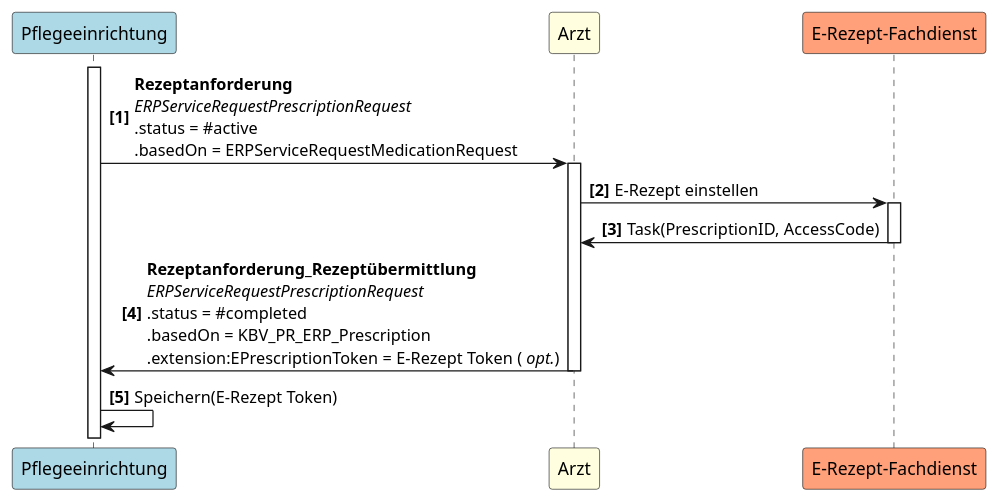
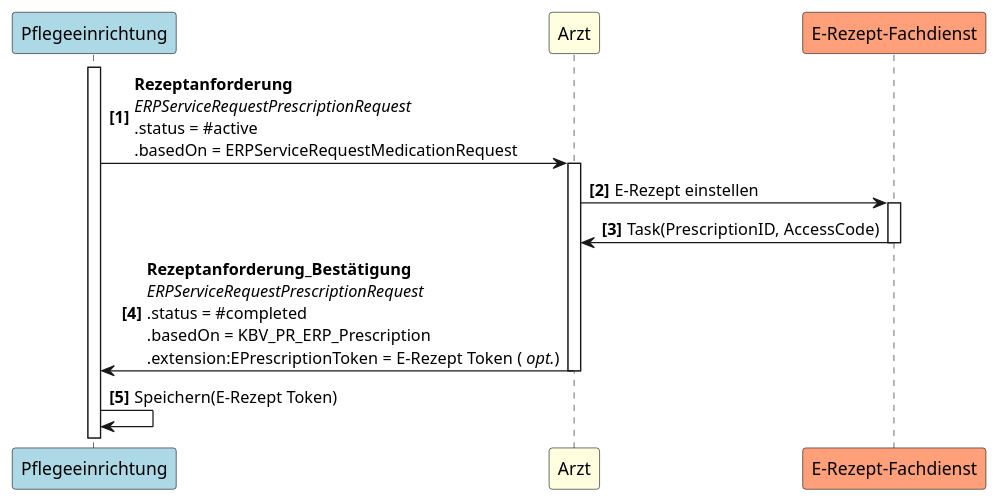
One commit to gematik/spec-E-Rezept-ServiceRequest changed the diagram in Resources/puml/fhir-ig/UC1_1.puml. Above: the diagram before and after it, drawn with PlantUML. The commit also changed 11 other files, not shown here.

```diff
--- a/Resources/puml/fhir-ig/UC1_1.puml
+++ b/Resources/puml/fhir-ig/UC1_1.puml
@@ -1,13 +1,13 @@
 @startuml UC1_1
 autonumber "<b>[0]"
 participant Pflegeeinrichtung as PE #LightBlue
 participant Arzt as A #LightYellow
 participant "E-Rezept-Fachdienst" as FD #LightSalmon
 
 activate PE
 PE -> A++: <b>Rezeptanforderung \n<i>ERPServiceRequestPrescriptionRequest \n.status = #active \n.basedOn = ERPServiceRequestMedicationRequest
 A -> FD++: E-Rezept einstellen
 FD -> A--: Task(PrescriptionID, AccessCode)
-A -> PE--: <b>Rezeptanforderung_Rezeptübermittlung\n<i>ERPServiceRequestPrescriptionRequest \n.status = #completed \n.basedOn = KBV_PR_ERP_Prescription \n.extension:EPrescriptionToken = E-Rezept Token ( <i>opt.</i>)
+A -> PE--: <b>Rezeptanforderung_Bestätigung\n<i>ERPServiceRequestPrescriptionRequest \n.status = #completed \n.basedOn = KBV_PR_ERP_Prescription \n.extension:EPrescriptionToken = E-Rezept Token ( <i>opt.</i>)
 PE -> PE: Speichern(E-Rezept Token)
 @enduml
```
